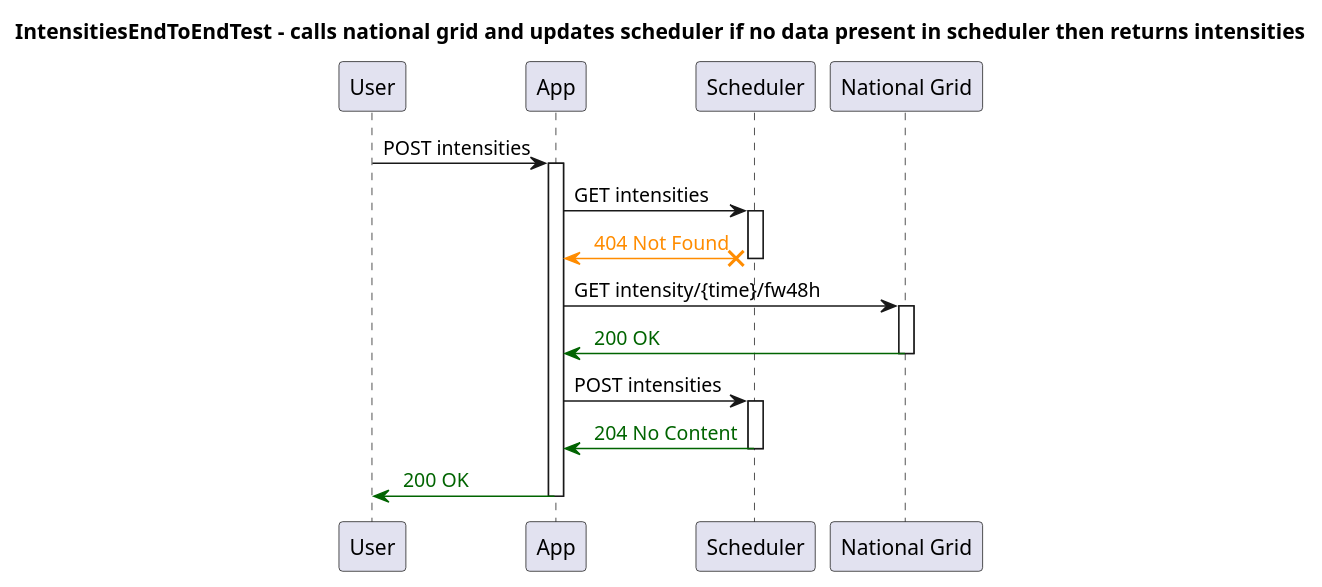
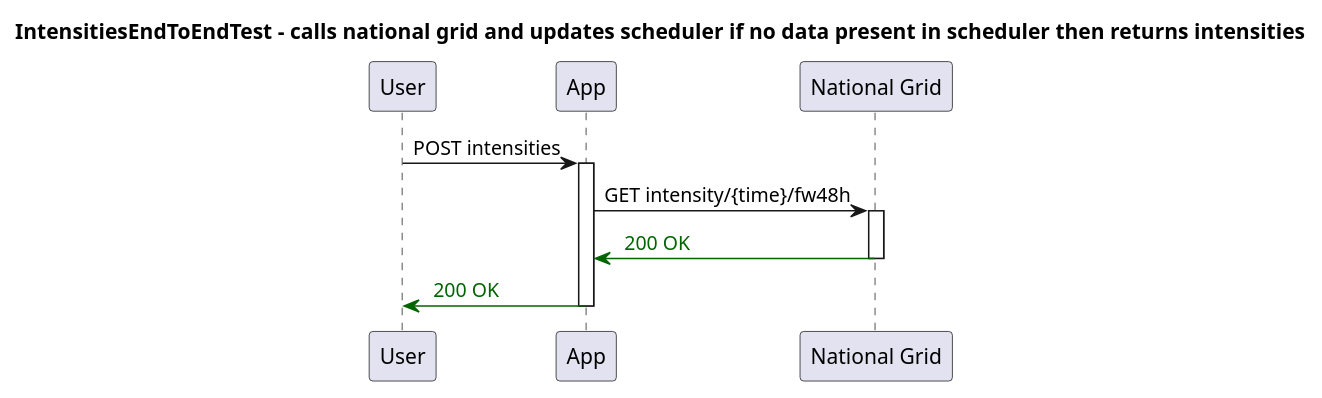
One commit to JamesWheadon/Carbon-Intensity changed the diagram in WebApp/sequences/IntensitiesEndToEndTest - calls national grid and updates scheduler if no data present in scheduler then returns intensities - Sequence.puml. Above: the diagram before and after it, drawn with PlantUML. The commit also changed 22 other files, not shown here.

Commit message:
remove interactions with scheduler for retrieving intensities

```diff
--- a/WebApp/sequences/IntensitiesEndToEndTest - calls national grid and updates scheduler if no data present in scheduler then returns intensities - Sequence.puml
+++ b/WebApp/sequences/IntensitiesEndToEndTest - calls national grid and updates scheduler if no data present in scheduler then returns intensities - Sequence.puml
@@ -1,26 +1,15 @@
 @startuml
 title IntensitiesEndToEndTest - calls national grid and updates scheduler if no data present in scheduler then returns intensities
 participant "User"
 participant "App"
-participant "Scheduler"
 participant "National Grid"
 "User" -> "App": POST intensities
 activate "App"
-"App" -> "Scheduler": GET intensities
-activate "Scheduler"
-
-"Scheduler" X-[#DarkOrange]> "App": <color:DarkOrange> 404 Not Found
-deactivate "Scheduler"
 "App" -> "National Grid": GET intensity/{time}/fw48h
 activate "National Grid"
 
 "National Grid" -[#DarkGreen]> "App": <color:DarkGreen> 200 OK
 deactivate "National Grid"
-"App" -> "Scheduler": POST intensities
-activate "Scheduler"
-
-"Scheduler" -[#DarkGreen]> "App": <color:DarkGreen> 204 No Content
-deactivate "Scheduler"
 "App" -[#DarkGreen]> "User": <color:DarkGreen> 200 OK
 deactivate "App"
 @enduml
```
